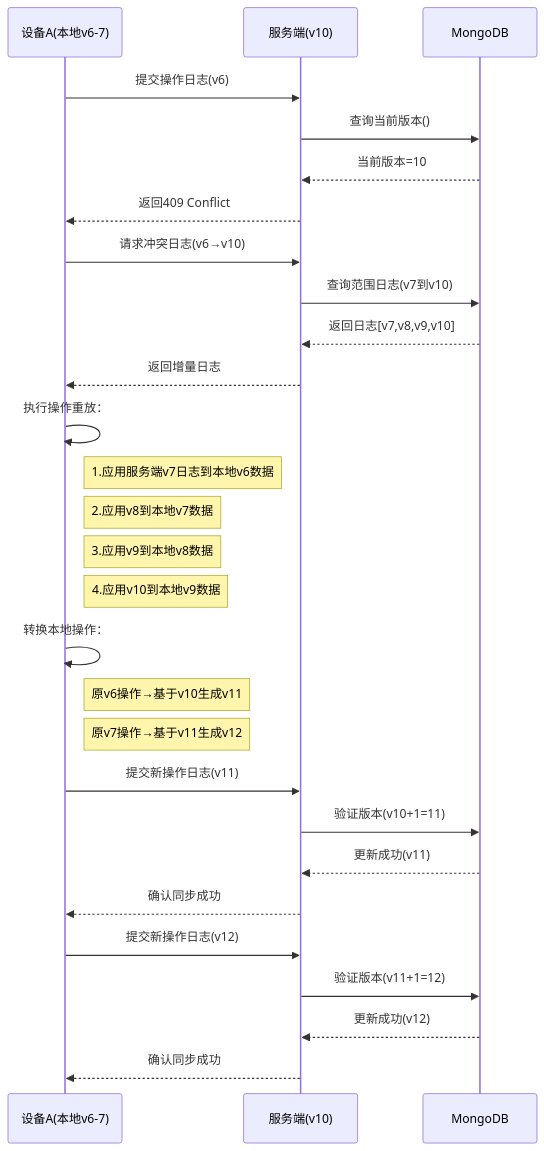
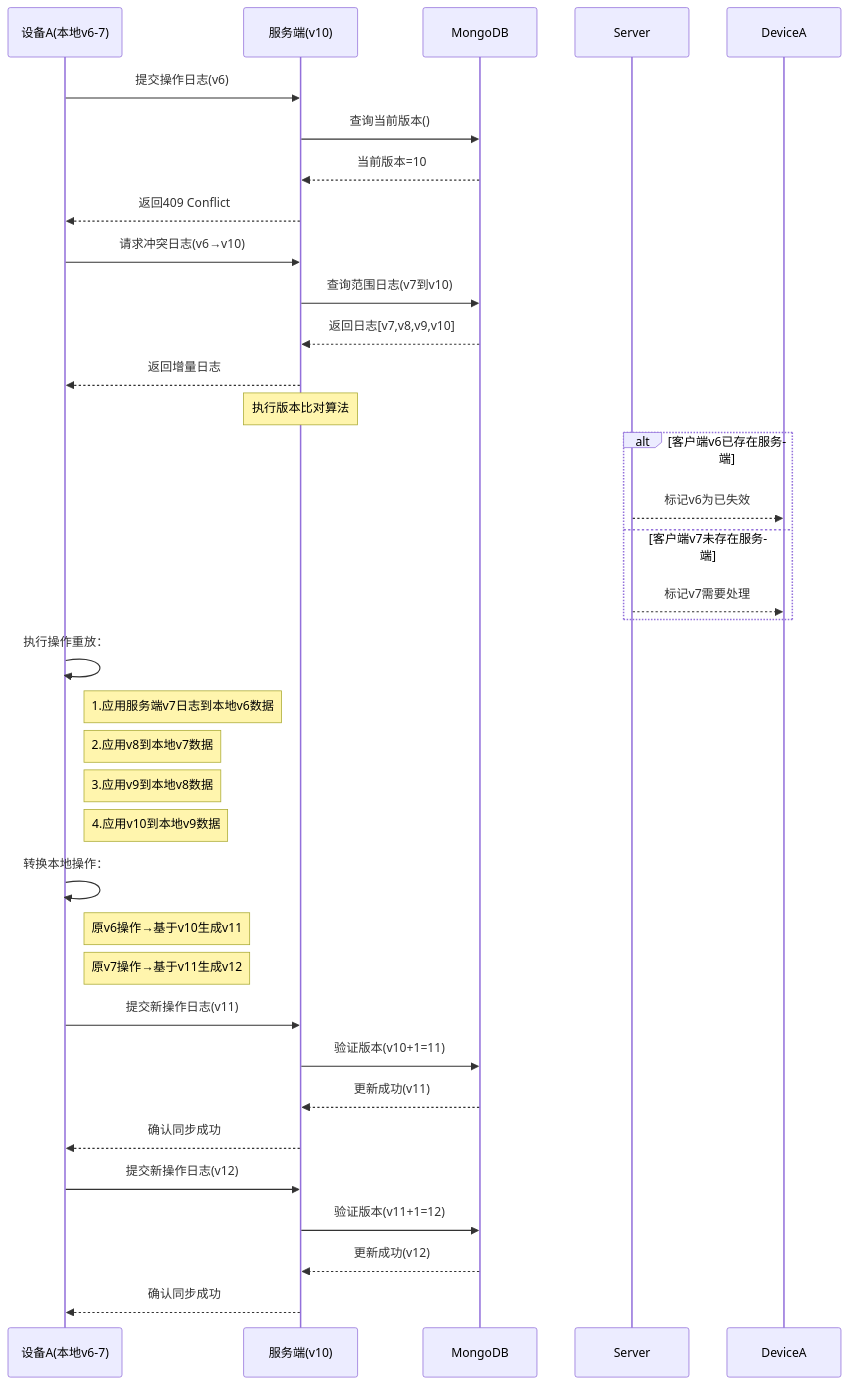
Before and after one commit to yingjianzh/iodraw-files: the diagram in all/未命名-26.md, drawn with Mermaid.

Commit message:
2025-02-26 16:45:55 update

````diff
--- a/all/未命名-26.md
+++ b/all/未命名-26.md
@@ -1,44 +1,49 @@
 ```mermaid
 sequenceDiagram
     participant A as 设备A(本地v6-7)
     participant S as 服务端(v10)
     participant DB as MongoDB
 
     %% 初始同步尝试
     A->>S: 提交操作日志(v6)
     S->>DB: 查询当前版本()
     DB-->>S: 当前版本=10
     S-->>A: 返回409 Conflict
 
     %% 冲突解决阶段
     A->>S: 请求冲突日志(v6→v10)
     S->>DB: 查询范围日志(v7到v10)
     DB-->>S: 返回日志[v7,v8,v9,v10]
     S-->>A: 返回增量日志
 
 
-
+    Note over S: 执行版本比对算法
+    alt 客户端v6已存在服务端
+        Server-->>DeviceA: 标记v6为已失效
+    else 客户端v7未存在服务端
+        Server-->>DeviceA: 标记v7需要处理
+    end
 
     %% 本地数据重建
     A->>A: 执行操作重放：
     note right of A: 1.应用服务端v7日志到本地v6数据
     note right of A: 2.应用v8到本地v7数据
     note right of A: 3.应用v9到本地v8数据
     note right of A: 4.应用v10到本地v9数据
 
     %% 本地操作转换
     A->>A: 转换本地操作：
     note right of A: 原v6操作→基于v10生成v11
     note right of A: 原v7操作→基于v11生成v12
 
     %% 重新提交
     A->>S: 提交新操作日志(v11)
     S->>DB: 验证版本(v10+1=11)
     DB-->>S: 更新成功(v11)
     S-->>A: 确认同步成功
 
     A->>S: 提交新操作日志(v12)
     S->>DB: 验证版本(v11+1=12)
     DB-->>S: 更新成功(v12)
     S-->>A: 确认同步成功
 ```
````
